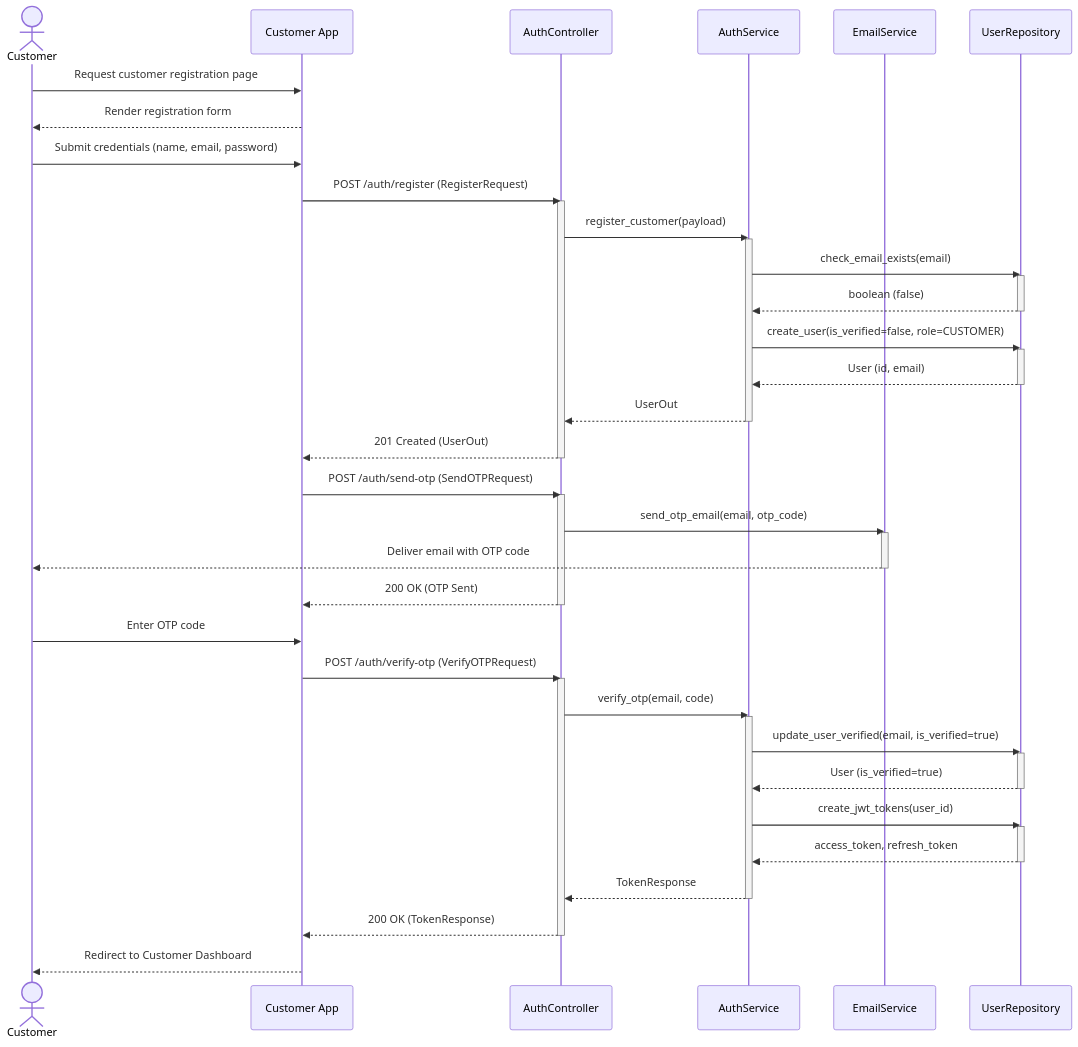
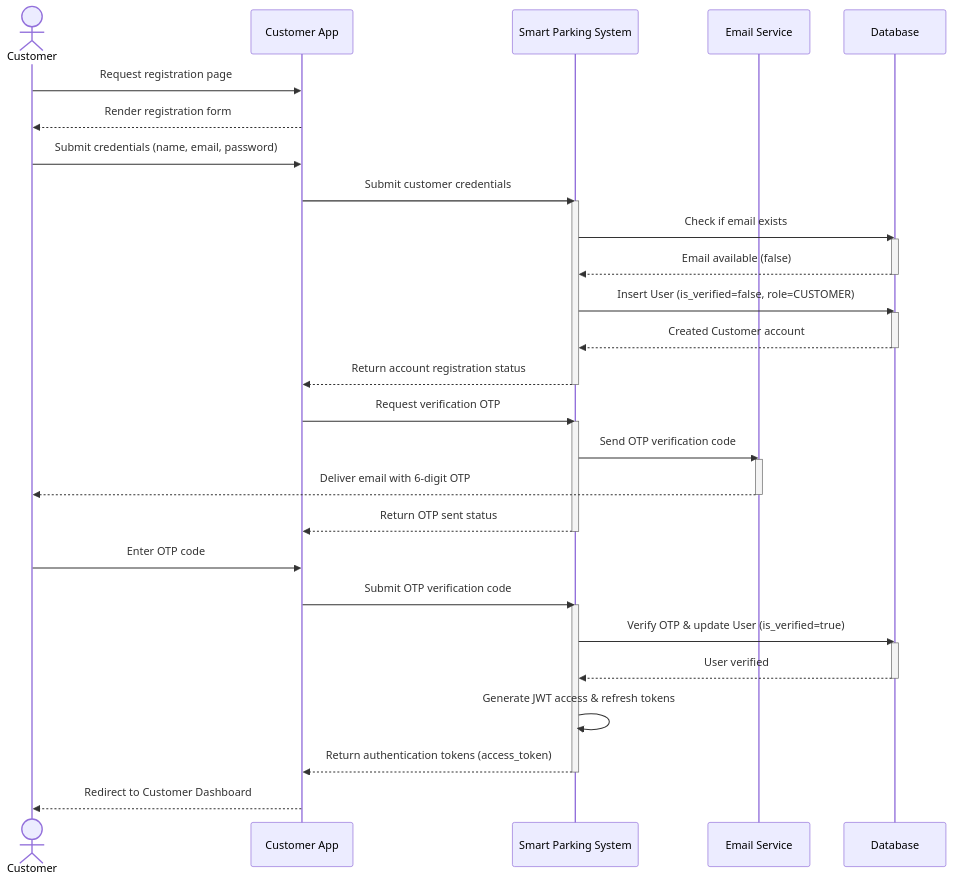
Before and after one commit to kxunsithu/smart-parking-lot-system: diagram 15 of 16 in docs/Smart_Parking_Lot_System_Documentation.md, drawn with Mermaid. The commit also changed other lines of this file, not shown here.

````diff
--- a/docs/Smart_Parking_Lot_System_Documentation.md
+++ b/docs/Smart_Parking_Lot_System_Documentation.md
@@ -1400,57 +1330,45 @@
 ```mermaid
 sequenceDiagram
     actor Customer
     participant UI as Customer App
-    participant API as AuthController
-    participant Auth as AuthService
-    participant Email as EmailService
-    participant DB as UserRepository
+    participant System as Smart Parking System
+    participant Email as Email Service
+    participant DB as Database
 
-    Customer->>UI: Request customer registration page
+    Customer->>UI: Request registration page
     UI-->>Customer: Render registration form
     Customer->>UI: Submit credentials (name, email, password)
-    UI->>API: POST /auth/register (RegisterRequest)
-    activate API
-    API->>Auth: register_customer(payload)
-    activate Auth
-    Auth->>DB: check_email_exists(email)
+    UI->>System: Submit customer credentials
+    activate System
+    System->>DB: Check if email exists
     activate DB
-    DB-->>Auth: boolean (false)
+    DB-->>System: Email available (false)
     deactivate DB
-    Auth->>DB: create_user(is_verified=false, role=CUSTOMER)
+    System->>DB: Insert User (is_verified=false, role=CUSTOMER)
     activate DB
-    DB-->>Auth: User (id, email)
+    DB-->>System: Created Customer account
     deactivate DB
-    Auth-->>API: UserOut
-    deactivate Auth
-    API-->>UI: 201 Created (UserOut)
-    deactivate API
+    System-->>UI: Return account registration status
+    deactivate System
 
-    UI->>API: POST /auth/send-otp (SendOTPRequest)
-    activate API
-    API->>Email: send_otp_email(email, otp_code)
+    UI->>System: Request verification OTP
+    activate System
+    System->>Email: Send OTP verification code
     activate Email
-    Email-->>Customer: Deliver email with OTP code
+    Email-->>Customer: Deliver email with 6-digit OTP
     deactivate Email
-    API-->>UI: 200 OK (OTP Sent)
-    deactivate API
+    System-->>UI: Return OTP sent status
+    deactivate System
 
     Customer->>UI: Enter OTP code
-    UI->>API: POST /auth/verify-otp (VerifyOTPRequest)
-    activate API
-    API->>Auth: verify_otp(email, code)
-    activate Auth
-    Auth->>DB: update_user_verified(email, is_verified=true)
+    UI->>System: Submit OTP verification code
+    activate System
+    System->>DB: Verify OTP & update User (is_verified=true)
     activate DB
-    DB-->>Auth: User (is_verified=true)
+    DB-->>System: User verified
     deactivate DB
-    Auth->>DB: create_jwt_tokens(user_id)
-    activate DB
-    DB-->>Auth: access_token, refresh_token
-    deactivate DB
-    Auth-->>API: TokenResponse
-    deactivate Auth
-    API-->>UI: 200 OK (TokenResponse)
-    deactivate API
+    System->>System: Generate JWT access & refresh tokens
+    System-->>UI: Return authentication tokens (access_token)
+    deactivate System
     UI-->>Customer: Redirect to Customer Dashboard
 ```
````
